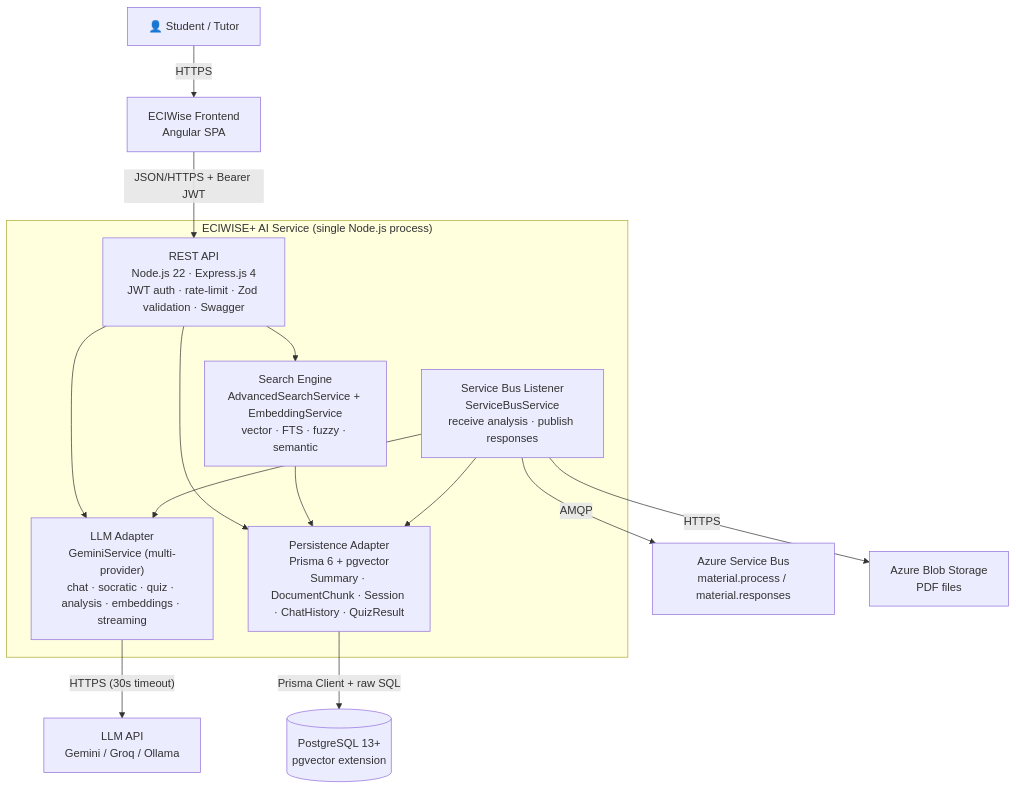
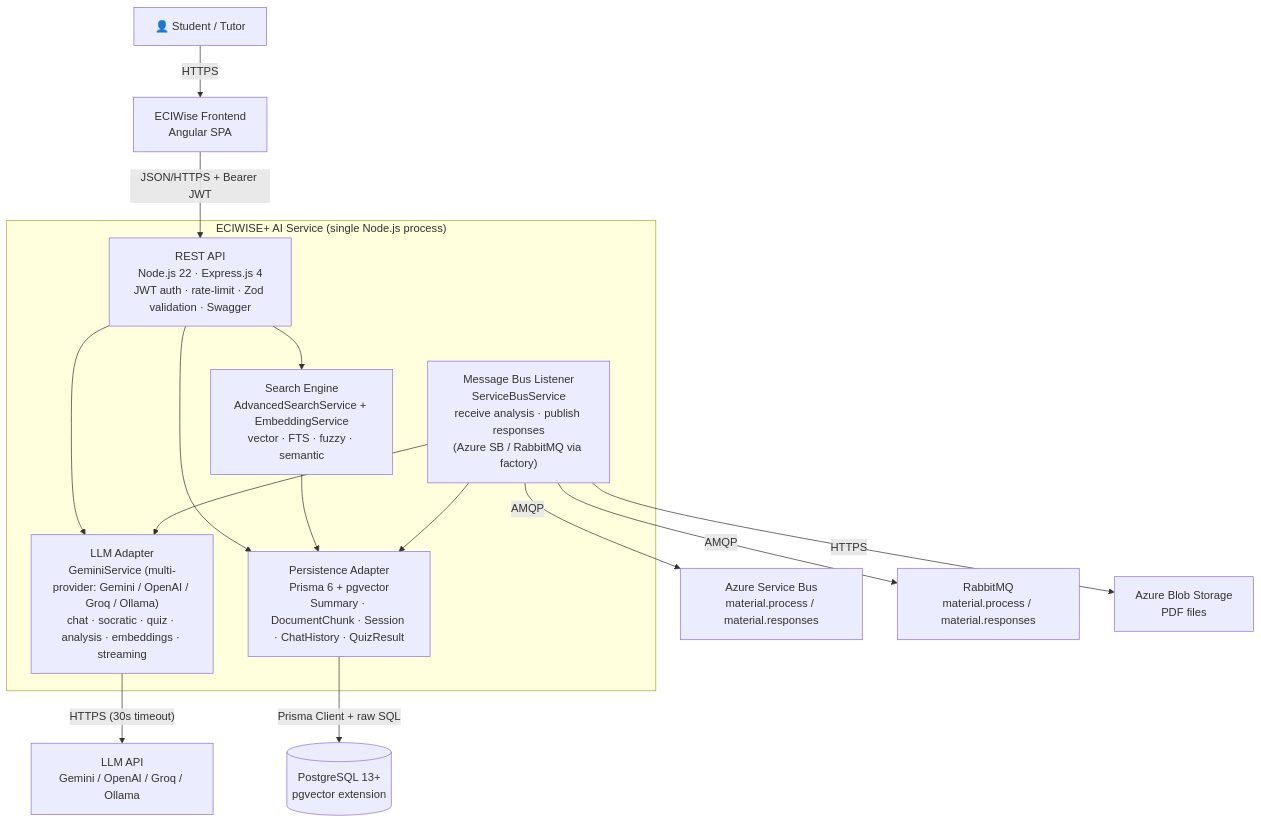
The ninth of 9 diagrams in how/ai-service.md (EciWise/EciWise.github.io), drawn with Mermaid before and after one commit. The commit also changed other lines of this file and 3 other files, not shown here.

First line of the commit message:
docs: update AI service documentation with architecture decisions, multi-provider support, and hybrid search

```diff
--- a/how/ai-service.md
+++ b/how/ai-service.md
@@ -786,31 +832,33 @@
 <div class="mermaid">
 graph TB
     USER["👤 Student / Tutor"]
     FE["ECIWise Frontend<br/>Angular SPA"]
 
     subgraph "ECIWISE+ AI Service (single Node.js process)"
         API["REST API<br/>Node.js 22 · Express.js 4<br/>JWT auth · rate-limit · Zod validation · Swagger"]
-        LLMSVC["LLM Adapter<br/>GeminiService (multi-provider)<br/>chat · socratic · quiz · analysis · embeddings · streaming"]
+        LLMSVC["LLM Adapter<br/>GeminiService (multi-provider: Gemini / OpenAI / Groq / Ollama)<br/>chat · socratic · quiz · analysis · embeddings · streaming"]
         SEARCH["Search Engine<br/>AdvancedSearchService + EmbeddingService<br/>vector · FTS · fuzzy · semantic"]
-        BUS["Service Bus Listener<br/>ServiceBusService<br/>receive analysis · publish responses"]
+        BUS["Message Bus Listener<br/>ServiceBusService<br/>receive analysis · publish responses<br/>(Azure SB / RabbitMQ via factory)"]
         PRISMA["Persistence Adapter<br/>Prisma 6 + pgvector<br/>Summary · DocumentChunk · Session · ChatHistory · QuizResult"]
     end
 
     PG[("PostgreSQL 13+<br/>pgvector extension")]
     SB["Azure Service Bus<br/>material.process / material.responses"]
+    RMQ["RabbitMQ<br/>material.process / material.responses"]
     BLOB["Azure Blob Storage<br/>PDF files"]
-    LLM["LLM API<br/>Gemini / Groq / Ollama"]
+    LLM["LLM API<br/>Gemini / OpenAI / Groq / Ollama"]
 
     USER -->|HTTPS| FE
     FE -->|"JSON/HTTPS + Bearer JWT"| API
     API --> LLMSVC
     API --> SEARCH
     API --> PRISMA
     LLMSVC -->|"HTTPS (30s timeout)"| LLM
     SEARCH --> PRISMA
     BUS -->|AMQP| SB
+    BUS -->|AMQP| RMQ
     BUS -->|HTTPS| BLOB
     BUS --> LLMSVC
     BUS --> PRISMA
     PRISMA -->|"Prisma Client + raw SQL"| PG
 </div>
```
